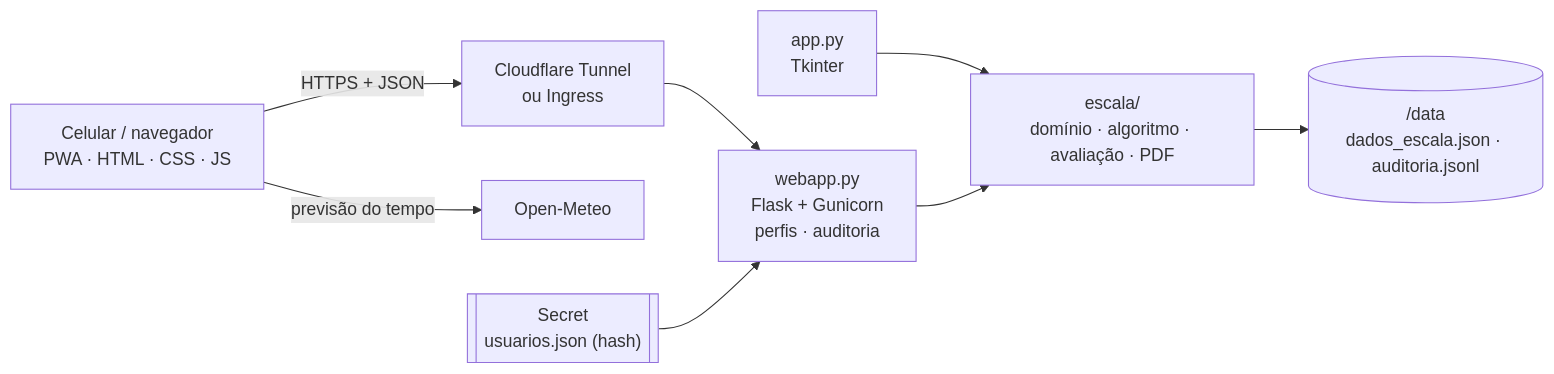
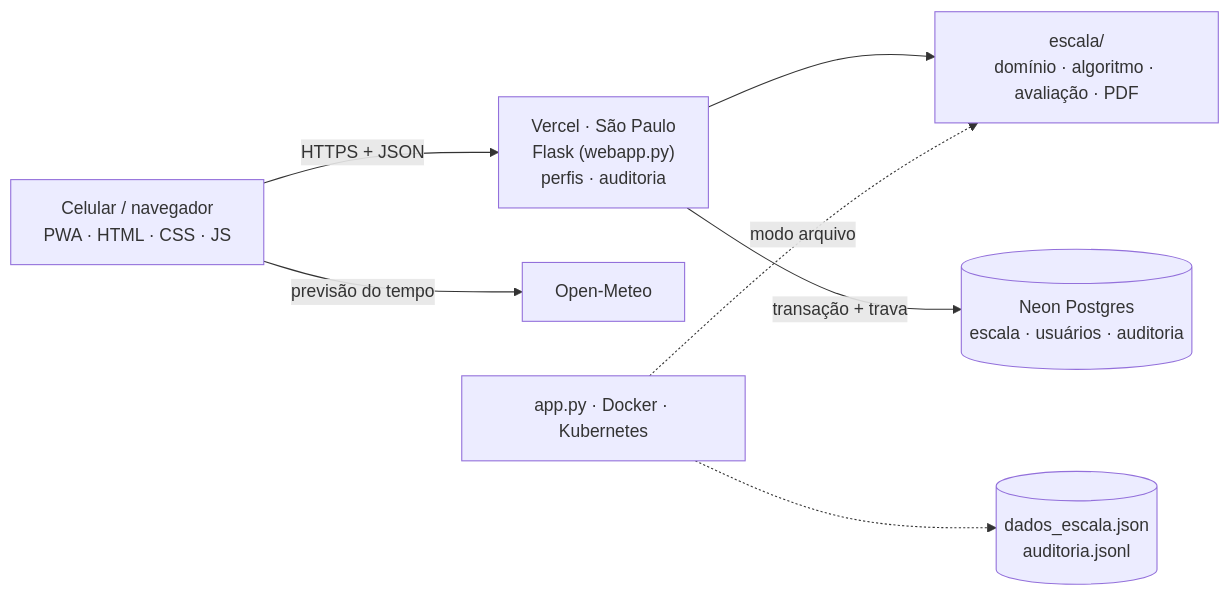
The third of 3 diagrams in README.md (CarlosAlvesSantosJr/escalas-de-plantao), drawn with Mermaid before and after one commit. The commit also changed other lines of this file and 20 other files, not shown here.

First line of the commit message:
Documentação de portfólio: app em produção na Vercel, uso pela equipe e imagens anonimizadas

````diff
--- a/README.md
+++ b/README.md
@@ -244,10 +246,9 @@
 ```mermaid
 flowchart LR
-    PWA["Celular / navegador<br/>PWA · HTML · CSS · JS"] -- "HTTPS + JSON" --> EDGE["Cloudflare Tunnel<br/>ou Ingress"]
+    PWA["Celular / navegador<br/>PWA · HTML · CSS · JS"] -- "HTTPS + JSON" --> FN["Vercel · São Paulo<br/>Flask (webapp.py)<br/>perfis · auditoria"]
     PWA -- "previsão do tempo" --> OM["Open-Meteo"]
-    EDGE --> API["webapp.py<br/>Flask + Gunicorn<br/>perfis · auditoria"]
-    TK["app.py<br/>Tkinter"] --> CORE
-    API --> CORE["escala/<br/>domínio · algoritmo · avaliação · PDF"]
-    CORE --> DB[("/data<br/>dados_escala.json · auditoria.jsonl")]
-    SEC[["Secret<br/>usuarios.json (hash)"]] --> API
+    FN --> CORE["escala/<br/>domínio · algoritmo · avaliação · PDF"]
+    FN -- "transação + trava" --> PG[("Neon Postgres<br/>escala · usuários · auditoria")]
+    TK["app.py · Docker · Kubernetes"] -. "modo arquivo" .-> CORE
+    TK -.-> FS[("dados_escala.json<br/>auditoria.jsonl")]
 ```
````
